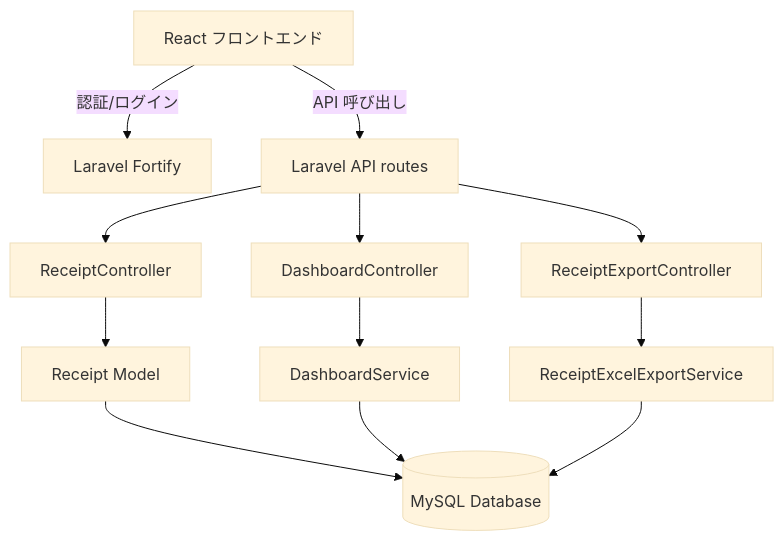
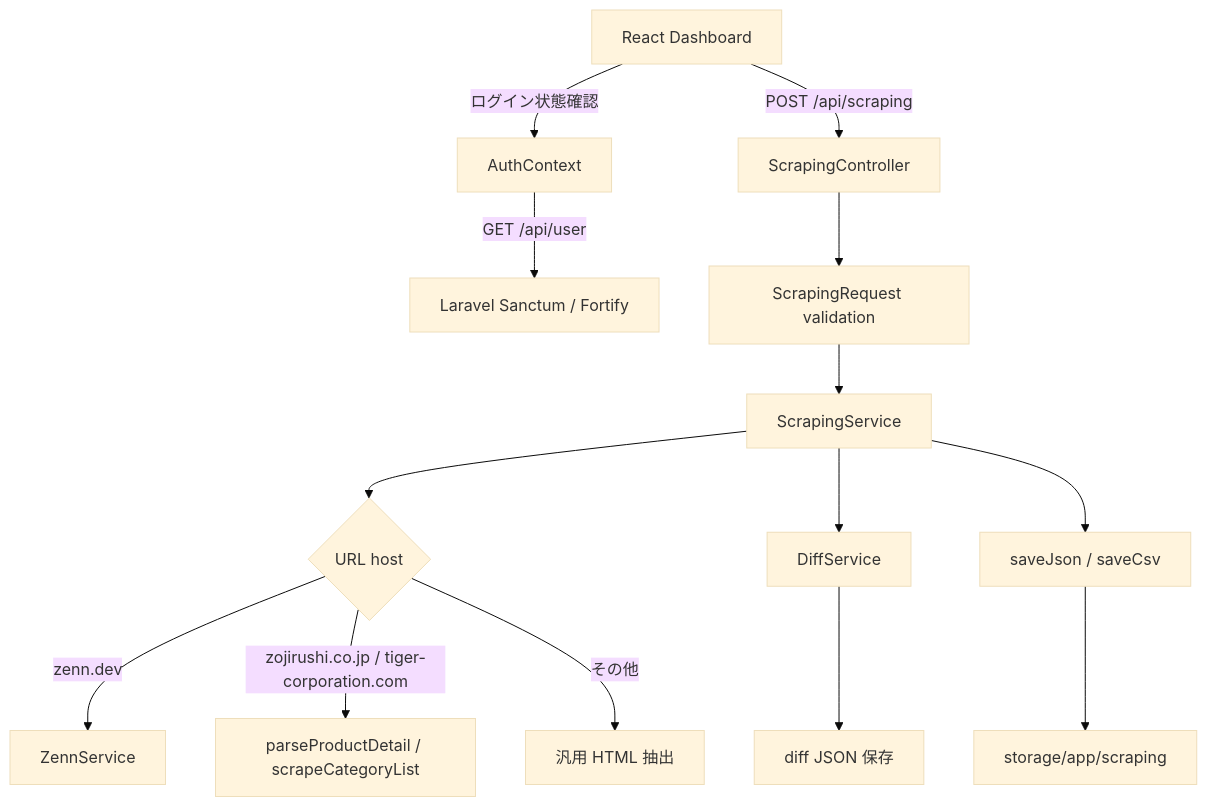
One commit to alcion-demo/laravel_scraping changed the first of 2 diagrams in README.md. Above: the diagram before and after it, drawn with Mermaid (base theme). The commit also changed other lines of this file and 35 other files, not shown here.

````diff
--- a/README.md
+++ b/README.md
@@ -213,14 +187,16 @@
 ```mermaid
 graph TD
-    A[React フロントエンド] -->|認証/ログイン| B[Laravel Fortify]
-    A -->|API 呼び出し| C[Laravel API routes]
-    C --> D[ReceiptController]
-    C --> E[DashboardController]
-    C --> F[ReceiptExportController]
-    D --> G[Receipt Model]
-    E --> H[DashboardService]
-    F --> I[ReceiptExcelExportService]
-    G --> J[(MySQL Database)]
-    H --> J
-    I --> J
+    A[React Dashboard] -->|ログイン状態確認| B[AuthContext]
+    B -->|GET /api/user| C[Laravel Sanctum / Fortify]
+    A -->|POST /api/scraping| D[ScrapingController]
+    D --> E[ScrapingRequest validation]
+    E --> F[ScrapingService]
+    F --> G{URL host}
+    G -->|zenn.dev| H[ZennService]
+    G -->|zojirushi.co.jp / tiger-corporation.com| I[parseProductDetail / scrapeCategoryList]
+    G -->|その他| J[汎用 HTML 抽出]
+    F --> K[DiffService]
+    F --> L[saveJson / saveCsv]
+    L --> M[storage/app/scraping]
+    K --> N[diff JSON 保存]
 ```
````
